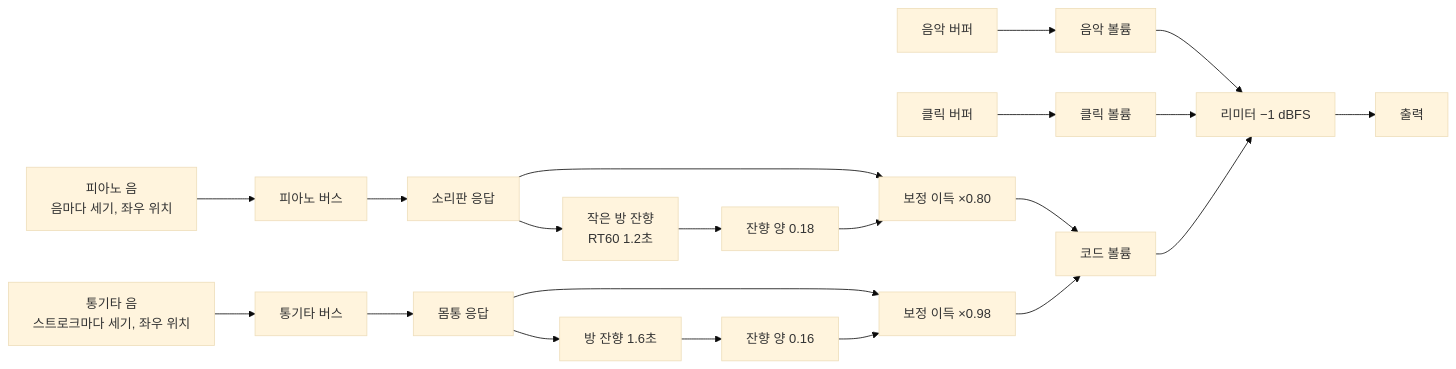
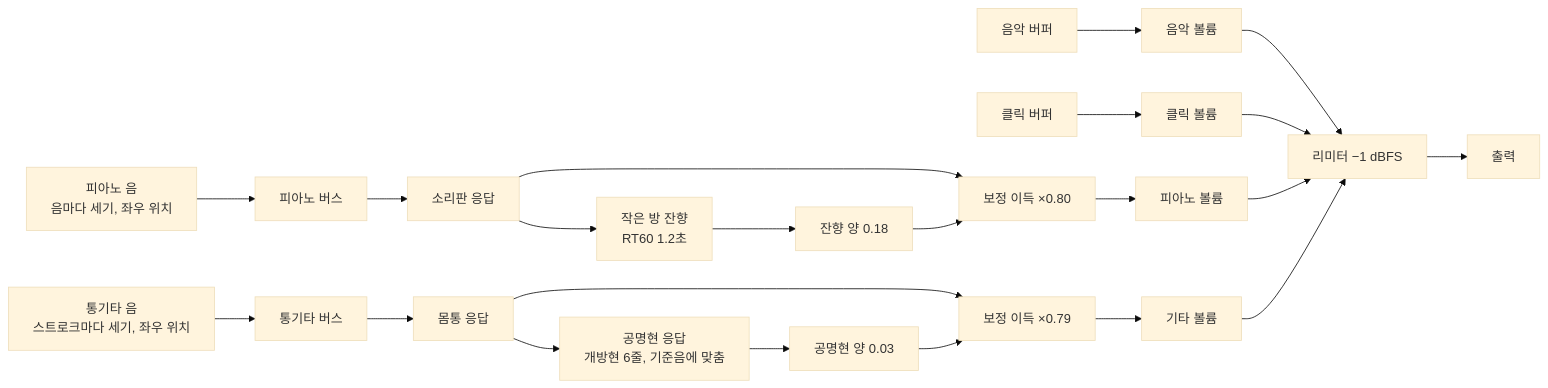
The third of 3 diagrams in README.md (Velvitty/Chordity), drawn with Mermaid (base theme) before and after one commit. The commit also changed other lines of this file and 9 other files, not shown here.

````diff
--- a/README.md
+++ b/README.md
@@ -1419,17 +1419,18 @@
 ```mermaid
 flowchart LR
   M["음악 버퍼"] --> GM["음악 볼륨"]
   C["클릭 버퍼"] --> GC["클릭 볼륨"]
   P["피아노 음<br/>음마다 세기, 좌우 위치"] --> PB["피아노 버스"] --> SB["소리판 응답"]
   SB --> MP["보정 이득 ×0.80"]
   SB --> RP["작은 방 잔향<br/>RT60 1.2초"] --> WP["잔향 양 0.18"] --> MP
   G["통기타 음<br/>스트로크마다 세기, 좌우 위치"] --> GB["통기타 버스"] --> BD["몸통 응답"]
-  BD --> MG["보정 이득 ×0.98"]
-  BD --> RG["방 잔향 1.6초"] --> WG["잔향 양 0.16"] --> MG
-  MP --> GP["코드 볼륨"]
-  MG --> GP
+  BD --> MG["보정 이득 ×0.79"]
+  BD --> RG["공명현 응답<br/>개방현 6줄, 기준음에 맞춤"] --> WG["공명현 양 0.03"] --> MG
+  MP --> GP["피아노 볼륨"]
+  MG --> GG["기타 볼륨"]
   GM --> L["리미터 −1 dBFS"]
   GC --> L
   GP --> L
+  GG --> L
   L --> O["출력"]
 ```
````
